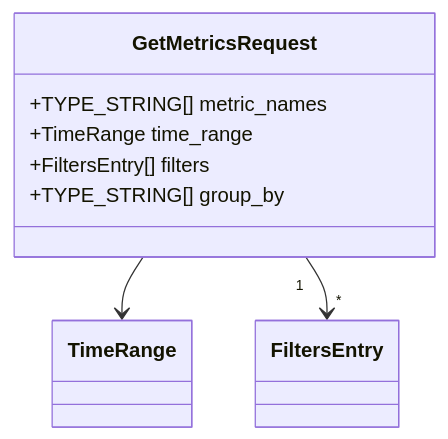
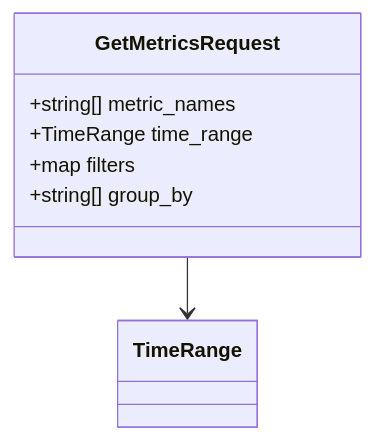
One commit to kyivinua/root changed diagram 28 of 49 in test-monorepo/docs/consolidated/AnalyticsService.md. Above: the diagram before and after it, drawn with Mermaid. The commit also changed other lines of this file and 5 other files, not shown here.

````diff
--- a/test-monorepo/docs/consolidated/AnalyticsService.md
+++ b/test-monorepo/docs/consolidated/AnalyticsService.md
@@ -504,11 +1437,10 @@
 ```mermaid
 classDiagram
     class GetMetricsRequest {
-        +TYPE_STRING[] metric_names
+        +string[] metric_names
         +TimeRange time_range
-        +FiltersEntry[] filters
-        +TYPE_STRING[] group_by
+        +map<string, string> filters
+        +string[] group_by
     }
     GetMetricsRequest --> TimeRange
-    GetMetricsRequest "1" --> "*" FiltersEntry
 ```
````
